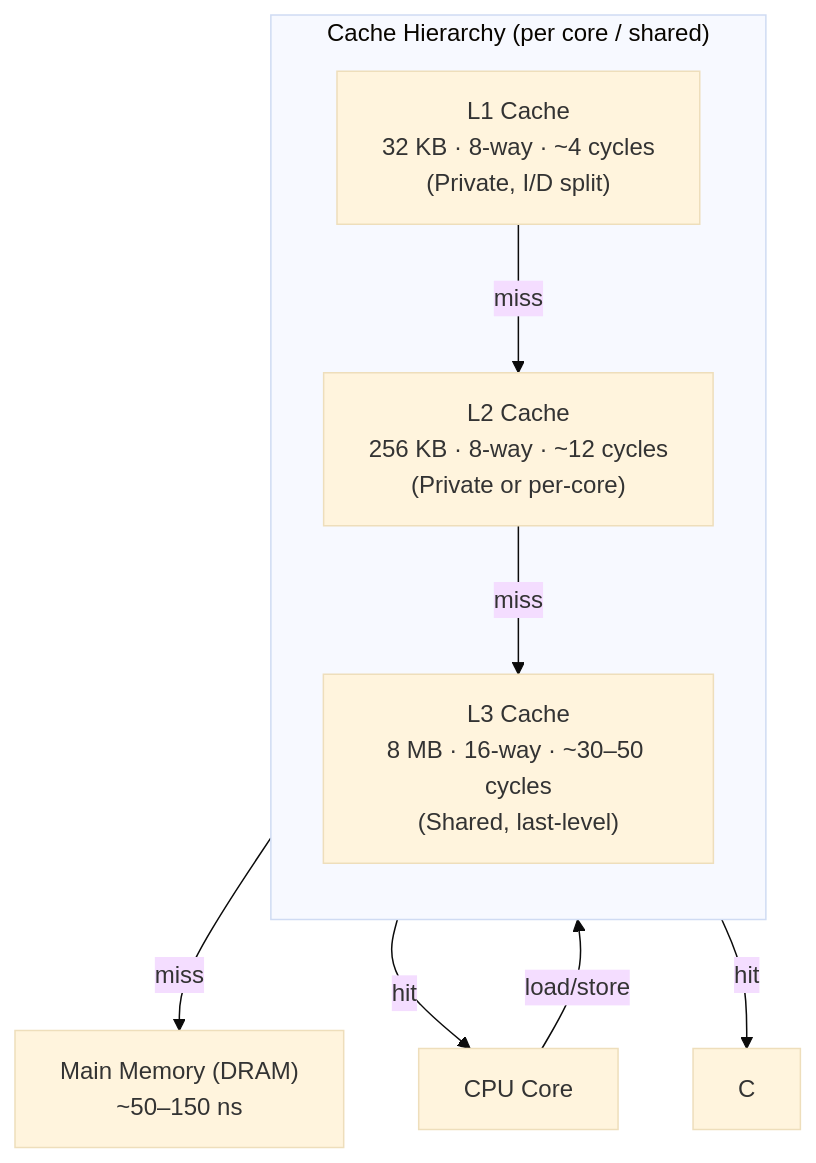
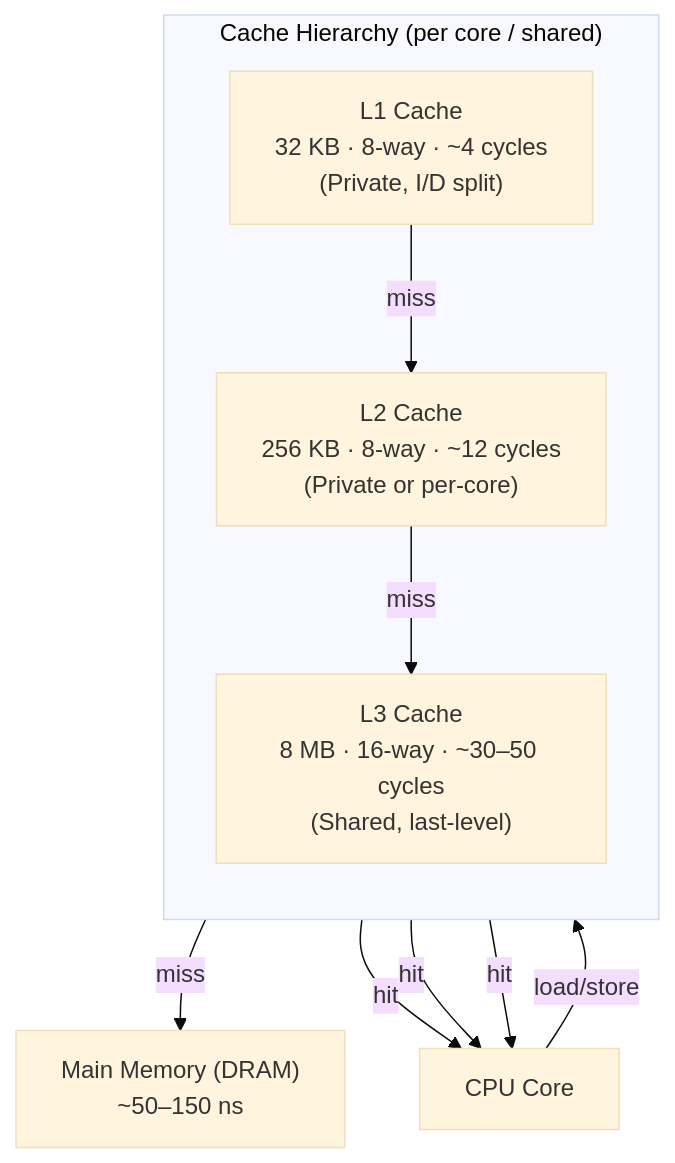
Before and after one commit to asangvnit/sysprog-workshop: the diagram in Memory.md, drawn with Mermaid (base theme).

Commit message:
Fixed typos in the diagram

````diff
--- a/Memory.md
+++ b/Memory.md
@@ -7,21 +7,22 @@
 ```mermaid
 graph TB
     CPU["CPU Core"]
 
     subgraph CACHES["Cache Hierarchy (per core / shared)"]
         direction TB
         L1["L1 Cache<br/>32 KB · 8-way · ~4 cycles<br/>(Private, I/D split)"]
         L2["L2 Cache<br/>256 KB · 8-way · ~12 cycles<br/>(Private or per-core)"]
         L3["L3 Cache<br/>8 MB · 16-way · ~30–50 cycles<br/>(Shared, last-level)"]
     end
 
     MEM["Main Memory (DRAM)<br/>~50–150 ns"]
 
     CPU -->|load/store| L1
     L1 -->|miss| L2
     L2 -->|miss| L3
     L3 -->|miss| MEM
 
     L1 -->|hit| CPU
-    L2 -->|hit| C
+    L2 -->|hit| CPU
+    L3 -->|hit| CPU
 ```
````
